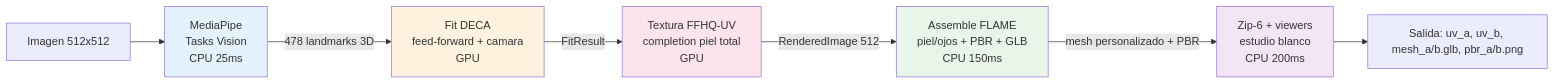
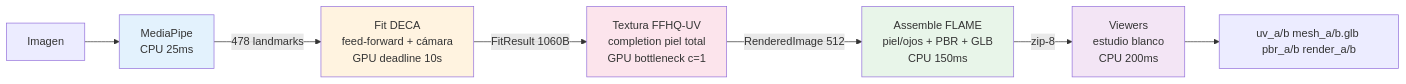
One commit to dinoesau/vultus changed the second of 4 diagrams in PIPELINE.md. Above: the diagram before and after it, drawn with Mermaid. The commit also changed other lines of this file and 6 other files, not shown here.

````diff
--- a/PIPELINE.md
+++ b/PIPELINE.md
@@ -41,15 +37,15 @@
 ```mermaid
 graph LR
-    I["Imagen 512x512"] --> M["MediaPipe<br/>Tasks Vision<br/>CPU 25ms"]
-    M -->|"478 landmarks 3D"| F["Fit DECA<br/>feed-forward + camara<br/>GPU"]
-    F -->|"FitResult"| U["Textura FFHQ-UV<br/>completion piel total<br/>GPU"]
+    I["Imagen"] --> M["MediaPipe<br/>CPU 25ms"]
+    M -->|"478 landmarks"| F["Fit DECA<br/>feed-forward + cámara<br/>GPU deadline 10s"]
+    F -->|"FitResult 1060B"| U["Textura FFHQ-UV<br/>completion piel total<br/>GPU bottleneck c=1"]
     U -->|"RenderedImage 512"| G["Assemble FLAME<br/>piel/ojos + PBR + GLB<br/>CPU 150ms"]
-    G -->|"mesh personalizado + PBR"| H["Zip-6 + viewers<br/>estudio blanco<br/>CPU 200ms"]
-    H --> O["Salida: uv_a, uv_b, mesh_a/b.glb, pbr_a/b.png"]
+    G -->|"zip-8"| H["Viewers<br/>estudio blanco<br/>CPU 200ms"]
+    H --> O["uv_a/b mesh_a/b.glb pbr_a/b render_a/b"]
 
     style M fill:#e3f2fd
     style F fill:#fff3e0
     style U fill:#fce4ec
     style G fill:#e8f5e9
     style H fill:#f3e5f5
 ```
````
